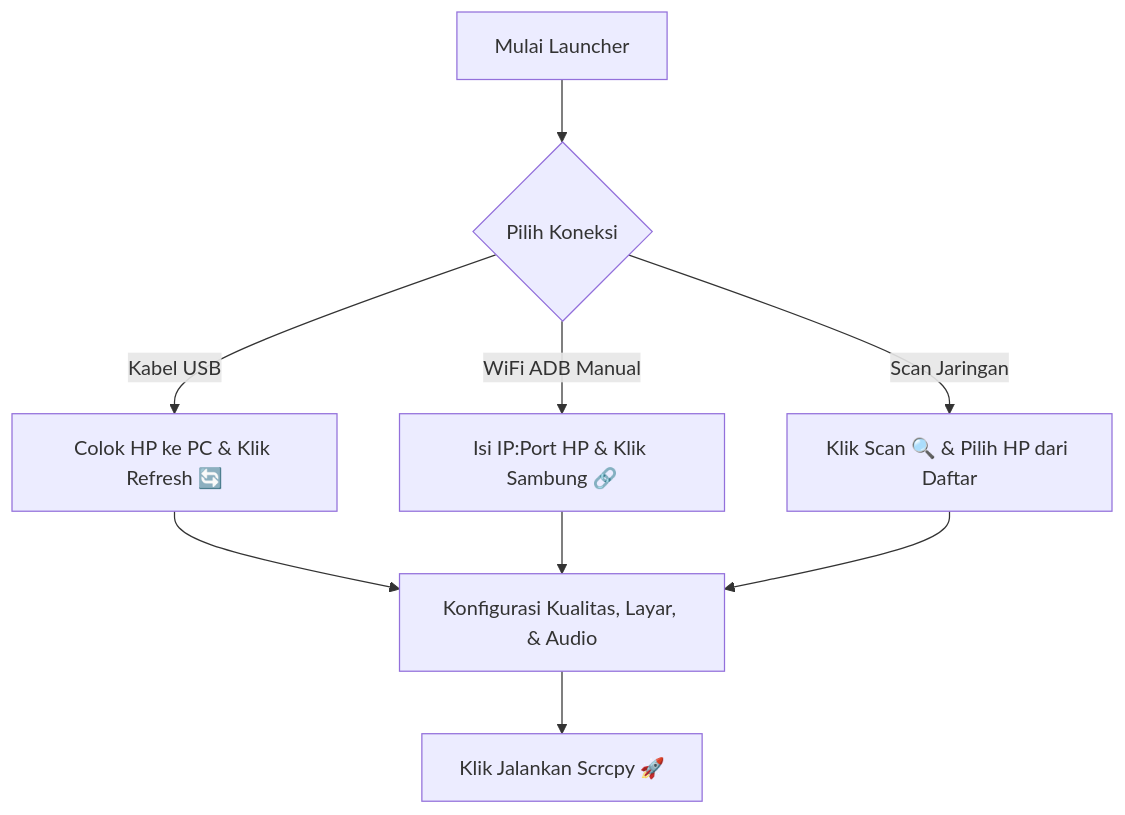
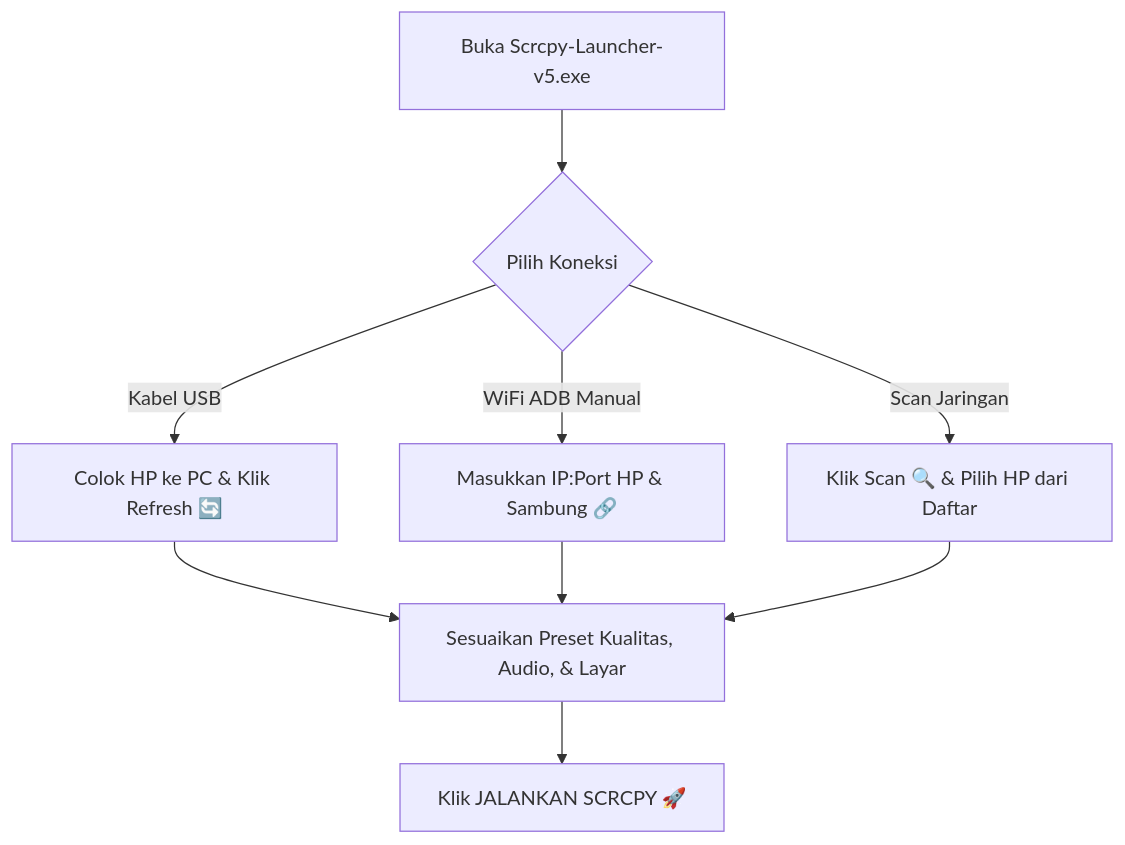
Before and after one commit to aziz4212isx/scrcpy-launcer-gui: the diagram in README.md, drawn with Mermaid. The commit also changed other lines of this file and 4 other files, not shown here.

````diff
--- a/README.md
+++ b/README.md
@@ -56,11 +73,11 @@
 ```mermaid
 graph TD
-    A[Mulai Launcher] --> B{Pilih Koneksi}
+    A[Buka Scrcpy-Launcher-v5.exe] --> B{Pilih Koneksi}
     B -->|Kabel USB| C[Colok HP ke PC & Klik Refresh 🔄]
-    B -->|WiFi ADB Manual| D[Isi IP:Port HP & Klik Sambung 🔗]
+    B -->|WiFi ADB Manual| D[Masukkan IP:Port HP & Sambung 🔗]
     B -->|Scan Jaringan| E[Klik Scan 🔍 & Pilih HP dari Daftar]
-    C --> F[Konfigurasi Kualitas, Layar, & Audio]
+    C --> F[Sesuaikan Preset Kualitas, Audio, & Layar]
     D --> F
     E --> F
-    F --> G[Klik Jalankan Scrcpy 🚀]
+    F --> G[Klik JALANKAN SCRCPY 🚀]
 ```
````
